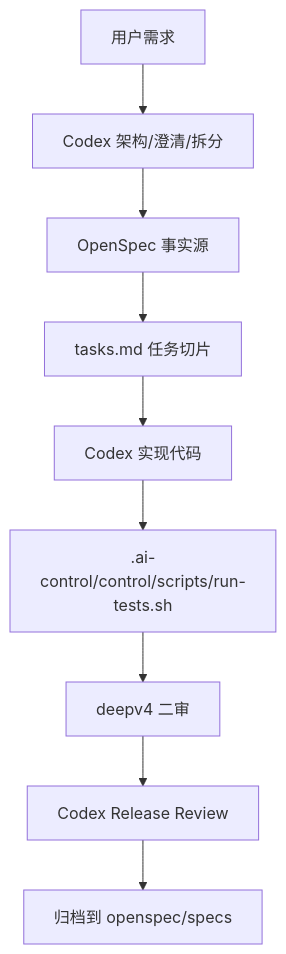
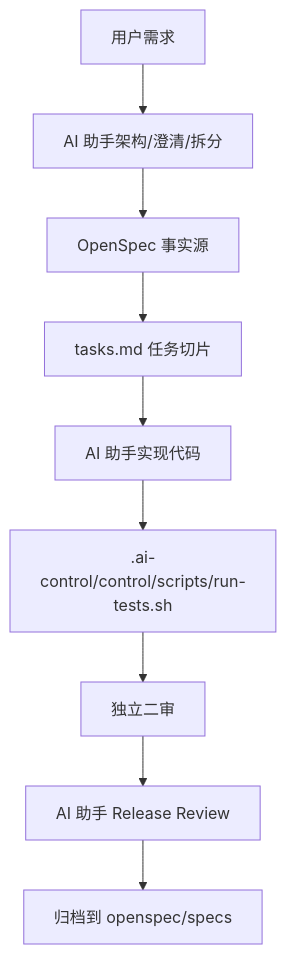
The first of 6 diagrams in control/docs/流程图.md (BrightLiu4917/ai-coding-fun), drawn with Mermaid before and after one commit. The commit also changed other lines of this file and 160 other files, not shown here.

````diff
--- a/control/docs/流程图.md
+++ b/control/docs/流程图.md
@@ -5,11 +5,11 @@
 ```mermaid
 flowchart TD
-  U["用户需求"] --> C["Codex 架构/澄清/拆分"]
+  U["用户需求"] --> C["AI 助手架构/澄清/拆分"]
   C --> O["OpenSpec 事实源"]
   O --> T["tasks.md 任务切片"]
-  T --> I["Codex 实现代码"]
+  T --> I["AI 助手实现代码"]
   I --> R[".ai-control/control/scripts/run-tests.sh"]
-  R --> D["deepv4 二审"]
-  D --> CR["Codex Release Review"]
+  R --> D["独立二审"]
+  D --> CR["AI 助手 Release Review"]
   CR --> A["归档到 openspec/specs"]
 ```
````
